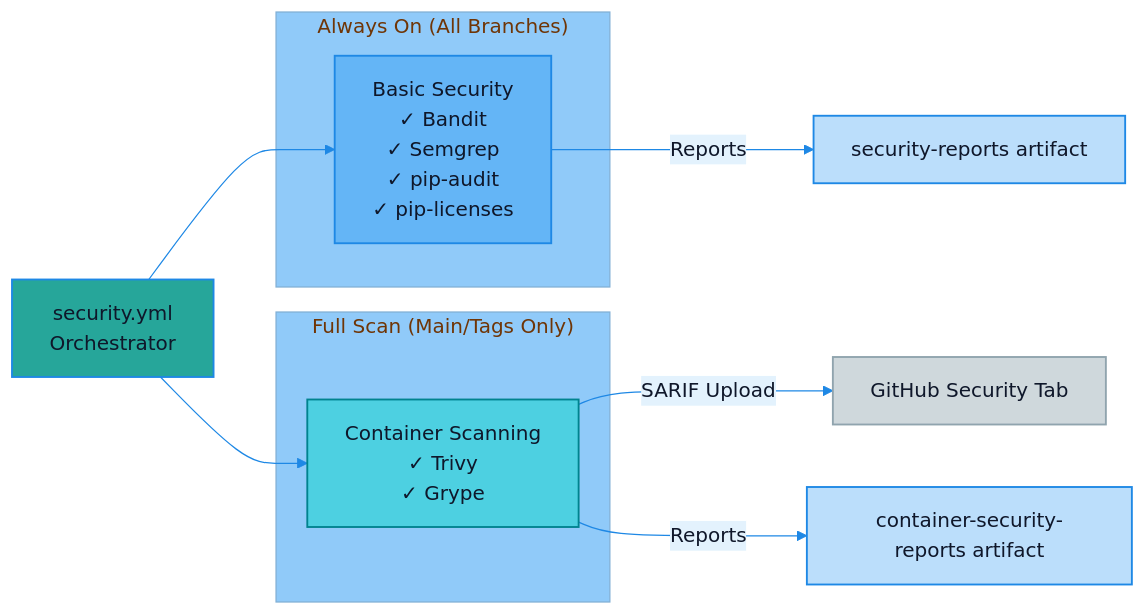
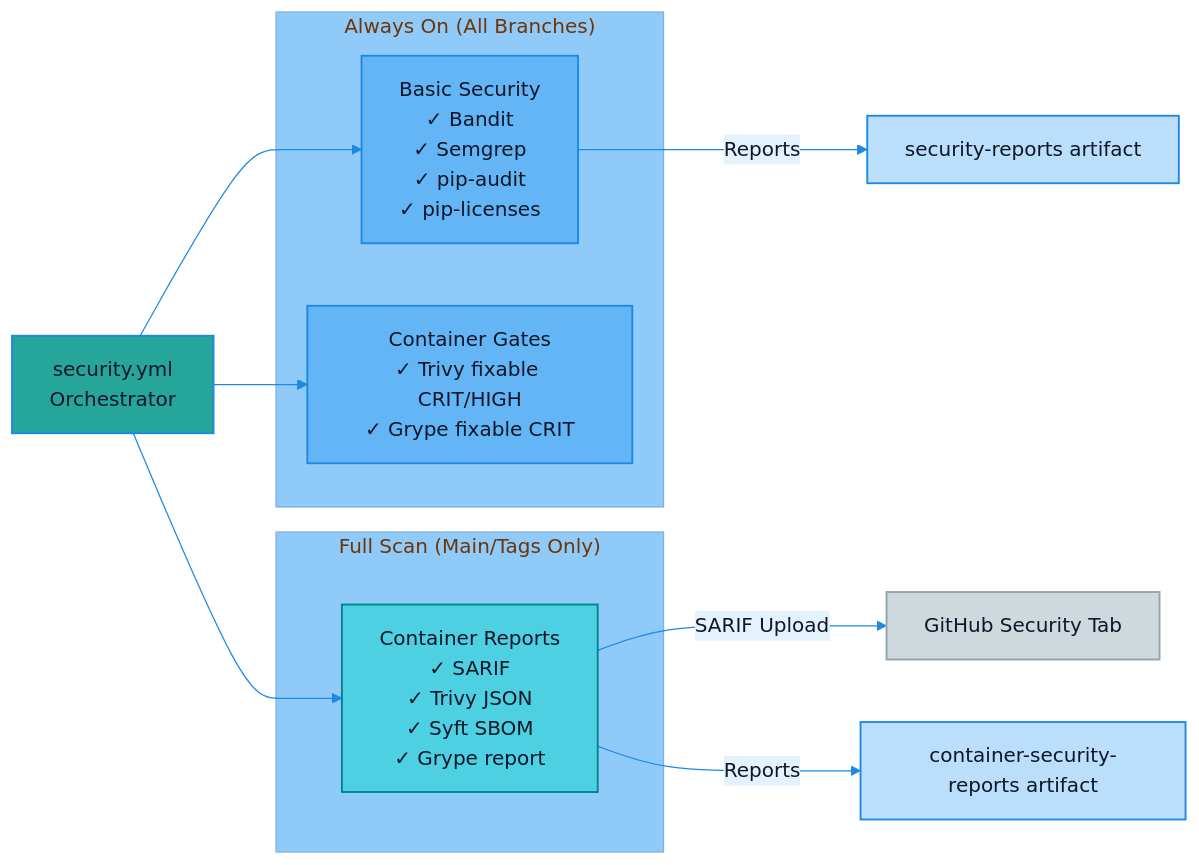
One commit to jim-wyatt/msn-weather-wrapper changed the fourth of 4 diagrams in docs/WORKFLOW_DIAGRAM.md. Above: the diagram before and after it, drawn with Mermaid. The commit also changed other lines of this file and 29 other files, not shown here.

````diff
--- a/docs/WORKFLOW_DIAGRAM.md
+++ b/docs/WORKFLOW_DIAGRAM.md
@@ -197,28 +200,31 @@
 ```mermaid
 %%{init: {'theme': 'base', 'themeVariables': {'primaryColor': '#E3F2FD', 'primaryTextColor': '#0F172A', 'primaryBorderColor': '#1E88E5', 'lineColor': '#1E88E5', 'secondaryColor': '#BBDEFB', 'tertiaryColor': '#90CAF9', 'edgeLabelBackground': '#E3F2FD'}}}%%
 graph LR
     SEC["security.yml<br/>Orchestrator"]
 
     subgraph "Always On (All Branches)"
         BASIC["Basic Security<br/>✓ Bandit<br/>✓ Semgrep<br/>✓ pip-audit<br/>✓ pip-licenses"]
+        GATE["Container Gates<br/>✓ Trivy fixable CRIT/HIGH<br/>✓ Grype fixable CRIT"]
     end
 
     subgraph "Full Scan (Main/Tags Only)"
-        CONT["Container Scanning<br/>✓ Trivy<br/>✓ Grype"]
+        CONT["Container Reports<br/>✓ SARIF<br/>✓ Trivy JSON<br/>✓ Syft SBOM<br/>✓ Grype report"]
     end
 
     SEC --> BASIC
+    SEC --> GATE
     SEC --> CONT
 
     CONT -->|SARIF Upload| GHSEC["GitHub Security Tab"]
     BASIC -->|Reports| REPORTS["security-reports artifact"]
     CONT -->|Reports| REPORTS2["container-security-reports artifact"]
 
     %% Muted palette consistent with site blues
     style SEC fill:#26A69A,stroke:#1E88E5,stroke-width:1.5px,color:#0F172A
     style BASIC fill:#64B5F6,stroke:#1E88E5,stroke-width:1.5px,color:#0F172A
+    style GATE fill:#64B5F6,stroke:#1E88E5,stroke-width:1.5px,color:#0F172A
     style CONT fill:#4DD0E1,stroke:#00838F,stroke-width:1.5px,color:#0F172A
     style GHSEC fill:#CFD8DC,stroke:#90A4AE,stroke-width:1.5px,color:#0F172A
     style REPORTS fill:#BBDEFB,stroke:#1E88E5,stroke-width:1.5px,color:#0F172A
     style REPORTS2 fill:#BBDEFB,stroke:#1E88E5,stroke-width:1.5px,color:#0F172A
 ```
````
